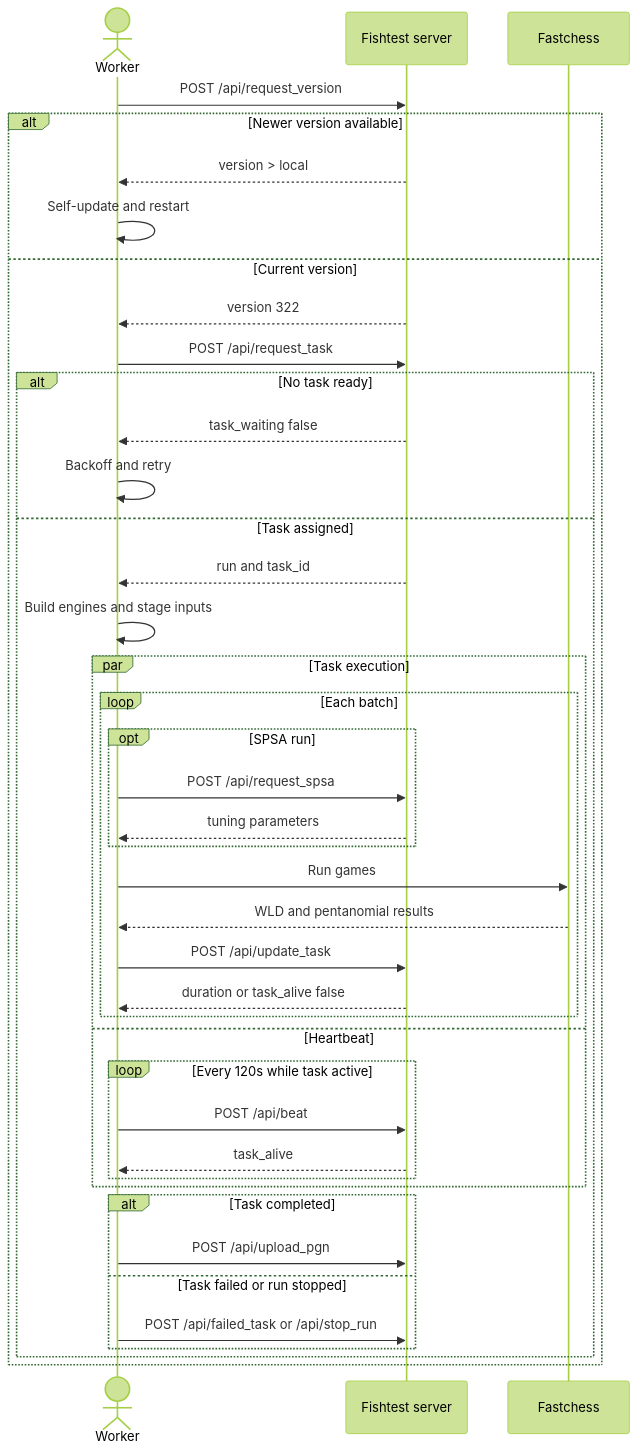
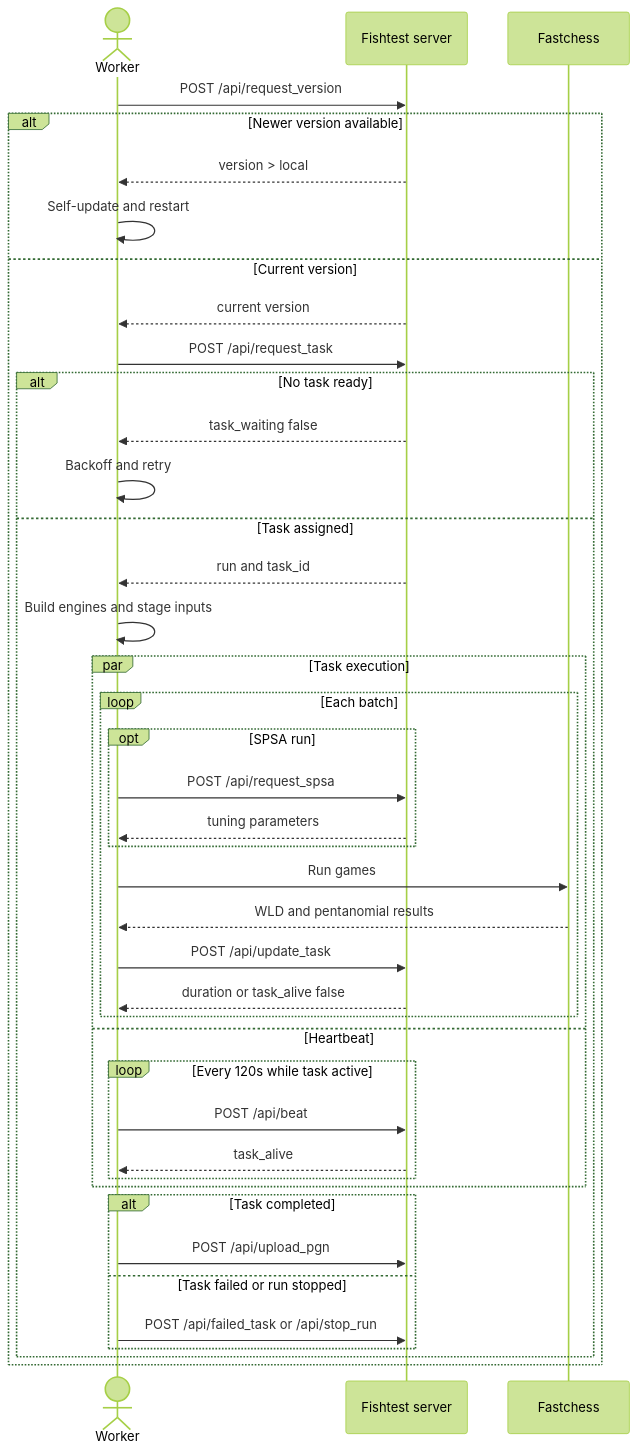
One commit to ppigazzini/fishtest changed the diagram in docs/3-api-reference.md. Above: the diagram before and after it, drawn with Mermaid (forest theme). The commit also changed other lines of this file and 6 other files, not shown here.

````diff
--- a/docs/3-api-reference.md
+++ b/docs/3-api-reference.md
@@ -30,44 +30,44 @@
 ```mermaid
 sequenceDiagram
   actor W as Worker
   participant S as Fishtest server
   participant F as Fastchess
 
   W->>S: POST /api/request_version
   alt Newer version available
     S-->>W: version > local
     W->>W: Self-update and restart
   else Current version
-    S-->>W: version 322
+    S-->>W: current version
     W->>S: POST /api/request_task
     alt No task ready
       S-->>W: task_waiting false
       W->>W: Backoff and retry
     else Task assigned
       S-->>W: run and task_id
       W->>W: Build engines and stage inputs
       par Task execution
         loop Each batch
           opt SPSA run
             W->>S: POST /api/request_spsa
             S-->>W: tuning parameters
           end
           W->>F: Run games
           F-->>W: WLD and pentanomial results
           W->>S: POST /api/update_task
           S-->>W: duration or task_alive false
         end
       and Heartbeat
         loop Every 120s while task active
           W->>S: POST /api/beat
           S-->>W: task_alive
         end
       end
       alt Task completed
         W->>S: POST /api/upload_pgn
       else Task failed or run stopped
         W->>S: POST /api/failed_task or /api/stop_run
       end
     end
   end
 ```
````
